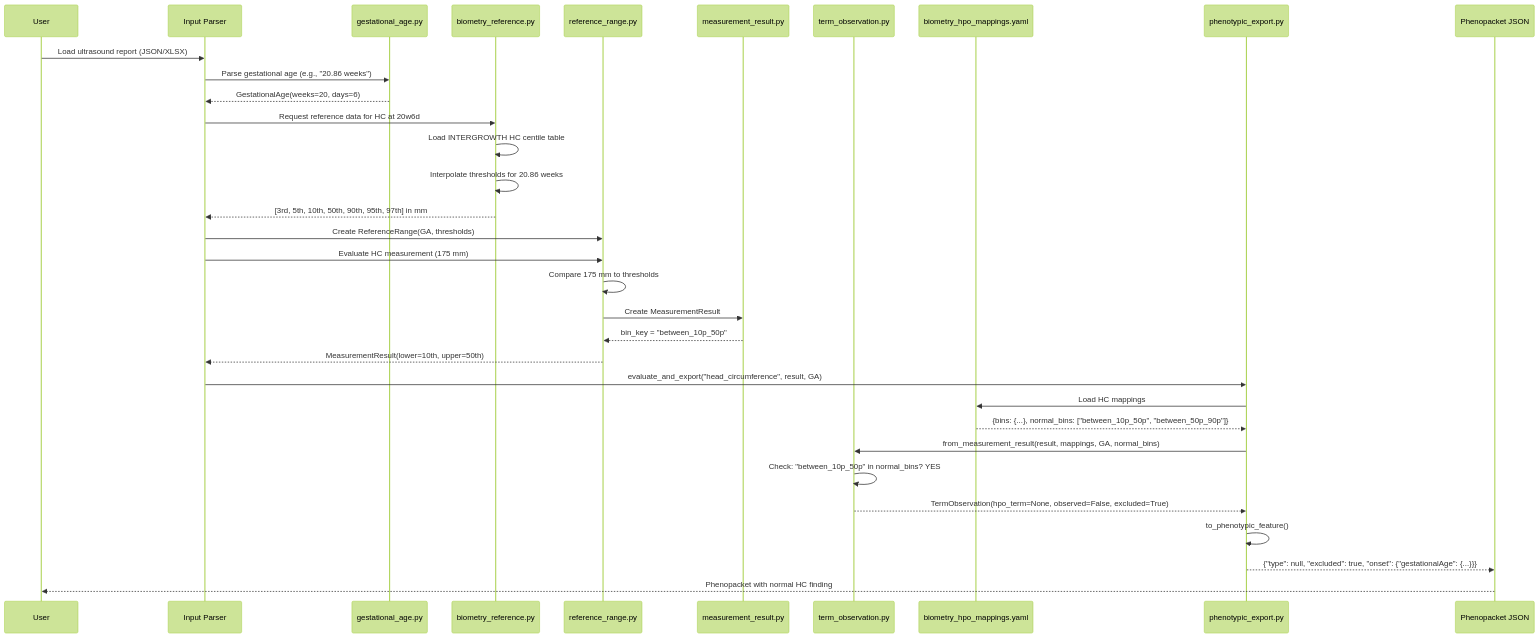
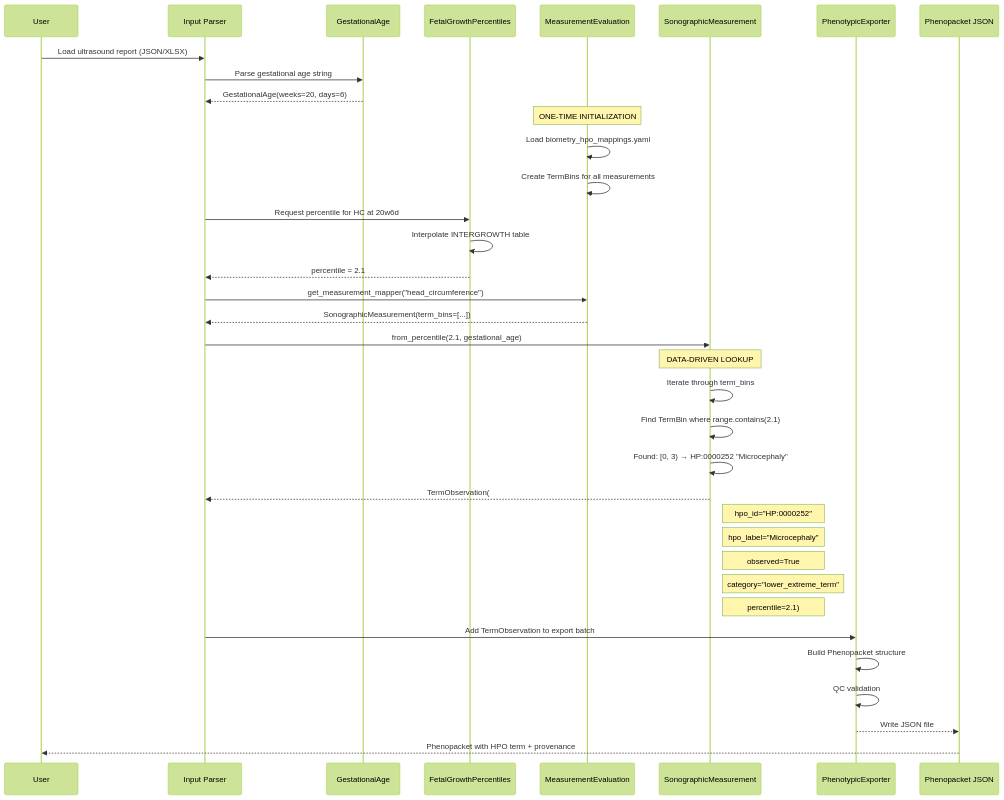
One commit to P2GX/prenatalppkt changed the third of 10 diagrams in README.md. Above: the diagram before and after it, drawn with Mermaid (forest theme). The commit also changed other lines of this file, not shown here.

Commit message:
docs: revise project README with architecture and module breakdown

````diff
--- a/README.md
+++ b/README.md
@@ -727,42 +330,47 @@
 ```mermaid
 sequenceDiagram
-   participant User
-   participant Parser as Input Parser
-   participant GA as gestational_age.py
-   participant Ref as biometry_reference.py
-   participant Range as reference_range.py
-   participant Result as measurement_result.py
-   participant TermObs as term_observation.py
-   participant YAML as biometry_hpo_mappings.yaml
-   participant Export as phenotypic_export.py
-   participant Output as Phenopacket JSON
+    participant User
+    participant Parser as Input Parser
+    participant GA as GestationalAge
+    participant Ref as FetalGrowthPercentiles
+    participant Factory as MeasurementEvaluation
+    participant Mapper as SonographicMeasurement
+    participant Export as PhenotypicExporter
+    participant Output as Phenopacket JSON
 
-   User->>Parser: Load ultrasound report (JSON/XLSX)
-   Parser->>GA: Parse gestational age (e.g., "20.86 weeks")
-   GA-->>Parser: GestationalAge(weeks=20, days=6)
+    User->>Parser: Load ultrasound report (JSON/XLSX)
+    Parser->>GA: Parse gestational age string
+    GA-->>Parser: GestationalAge(weeks=20, days=6)
 
-   Parser->>Ref: Request reference data for HC at 20w6d
-   Ref->>Ref: Load INTERGROWTH HC centile table
-   Ref->>Ref: Interpolate thresholds for 20.86 weeks
-   Ref-->>Parser: [3rd, 5th, 10th, 50th, 90th, 95th, 97th] in mm
+    Note over Factory: ONE-TIME INITIALIZATION
+    Factory->>Factory: Load biometry_hpo_mappings.yaml
+    Factory->>Factory: Create TermBins for all measurements
 
-   Parser->>Range: Create ReferenceRange(GA, thresholds)
-   Parser->>Range: Evaluate HC measurement (175 mm)
-   Range->>Range: Compare 175 mm to thresholds
-   Range->>Result: Create MeasurementResult
-   Result-->>Range: bin_key = "between_10p_50p"
-   Range-->>Parser: MeasurementResult(lower=10th, upper=50th)
+    Parser->>Ref: Request percentile for HC at 20w6d
+    Ref->>Ref: Interpolate INTERGROWTH table
+    Ref-->>Parser: percentile = 2.1
 
-   Parser->>Export: evaluate_and_export("head_circumference", result, GA)
-   Export->>YAML: Load HC mappings
-   YAML-->>Export: {bins: {...}, normal_bins: ["between_10p_50p", "between_50p_90p"]}
+    Parser->>Factory: get_measurement_mapper("head_circumference")
+    Factory-->>Parser: SonographicMeasurement(term_bins=[...])
 
-   Export->>TermObs: from_measurement_result(result, mappings, GA, normal_bins)
-   TermObs->>TermObs: Check: "between_10p_50p" in normal_bins? YES
-   TermObs-->>Export: TermObservation(hpo_term=None, observed=False, excluded=True)
+    Parser->>Mapper: from_percentile(2.1, gestational_age)
+    
+    Note over Mapper: DATA-DRIVEN LOOKUP
+    Mapper->>Mapper: Iterate through term_bins
+    Mapper->>Mapper: Find TermBin where range.contains(2.1)
+    Mapper->>Mapper: Found: [0, 3) → HP:0000252 "Microcephaly"
+    
+    Mapper-->>Parser: TermObservation(
+    Note right of Mapper: hpo_id="HP:0000252"
+    Note right of Mapper: hpo_label="Microcephaly"
+    Note right of Mapper: observed=True
+    Note right of Mapper: category="lower_extreme_term"
+    Note right of Mapper: percentile=2.1)
 
-   Export->>Export: to_phenotypic_feature()
-   Export-->>Output: {"type": null, "excluded": true, "onset": {"gestationalAge": {...}}}
+    Parser->>Export: Add TermObservation to export batch
+    Export->>Export: Build Phenopacket structure
+    Export->>Export: QC validation
+    Export-->>Output: Write JSON file
 
-   Output-->>User: Phenopacket with normal HC finding
+    Output-->>User: Phenopacket with HPO term + provenance
 ```
````
